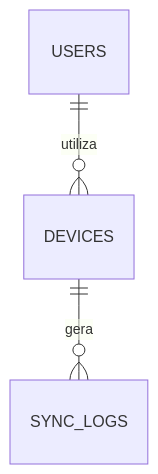
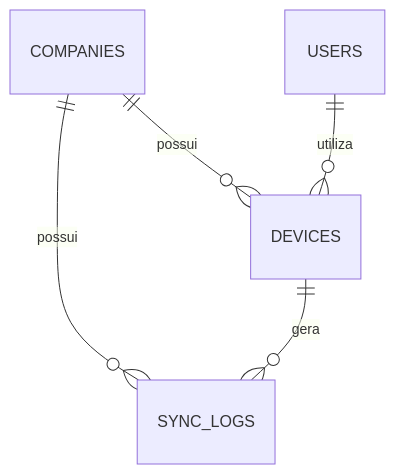
One commit to danielkzero/orderbox changed the second of 3 diagrams in docs/03-modelagem/er-diagram.md. Above: the diagram before and after it, drawn with Mermaid. The commit also changed other lines of this file and 10 other files, not shown here.

````diff
--- a/docs/03-modelagem/er-diagram.md
+++ b/docs/03-modelagem/er-diagram.md
@@ -51,7 +67,11 @@
 ```mermaid
 erDiagram
 
+    COMPANIES ||--o{ DEVICES : possui
+
     USERS ||--o{ DEVICES : utiliza
+
+    COMPANIES ||--o{ SYNC_LOGS : possui
 
     DEVICES ||--o{ SYNC_LOGS : gera
 ```
````
